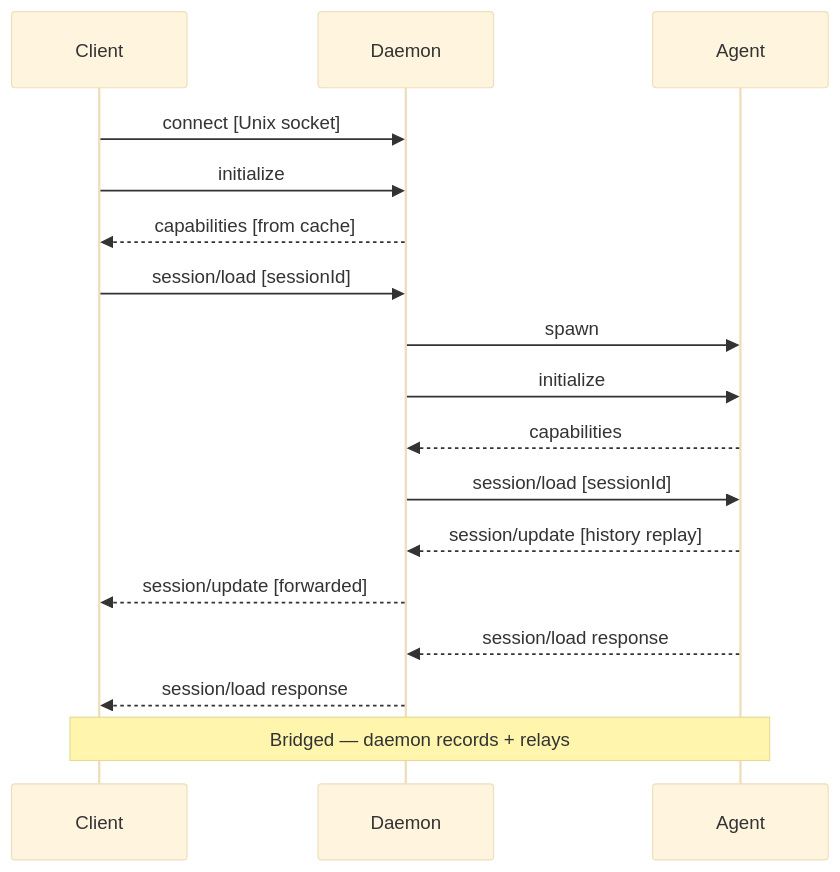
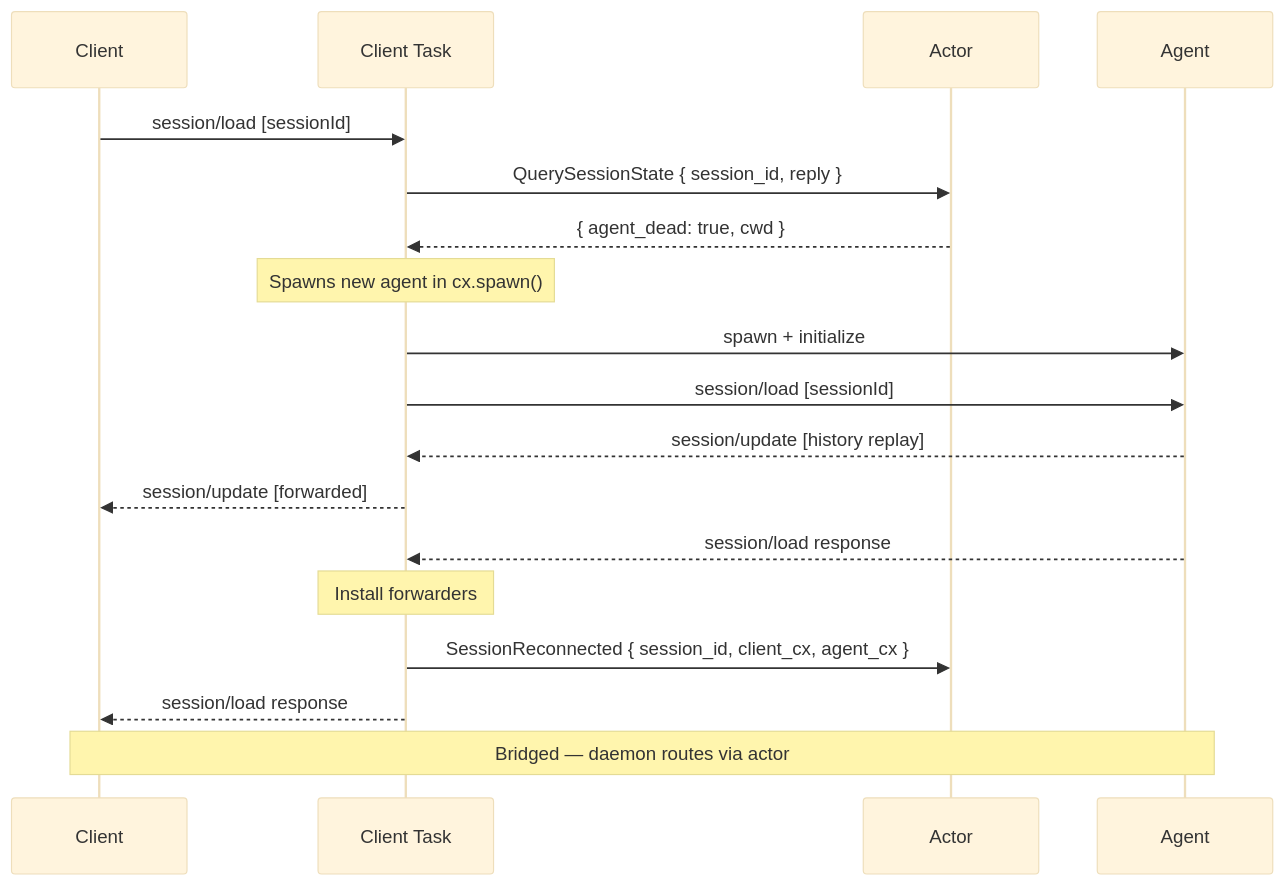
The second of 8 diagrams in md/design/sequence_diagrams.md (sparkle-ai-space/jamsession), drawn with Mermaid (base theme) before and after one commit. The commit also changed other lines of this file and 12 other files, not shown here.

````diff
--- a/md/design/sequence_diagrams.md
+++ b/md/design/sequence_diagrams.md
@@ -56,22 +56,22 @@
 ```mermaid
 sequenceDiagram
     participant C as Client
-    participant D as Daemon
-    participant A as Agent
+    participant CT as Client Task
+    participant A as Actor
+    participant Ag as Agent
 
-    C->>D: connect [Unix socket]
-    C->>D: initialize
-    D-->>C: capabilities [from cache]
+    C->>CT: session/load [sessionId]
+    CT->>A: QuerySessionState { session_id, reply }
+    A-->>CT: { agent_dead: true, cwd }
+    Note over CT: Spawns new agent in cx.spawn()
+    CT->>Ag: spawn + initialize
+    CT->>Ag: session/load [sessionId]
+    Ag-->>CT: session/update [history replay]
+    CT-->>C: session/update [forwarded]
+    Ag-->>CT: session/load response
+    Note over CT: Install forwarders
+    CT->>A: SessionReconnected { session_id, client_cx, agent_cx }
+    CT-->>C: session/load response
 
-    C->>D: session/load [sessionId]
-    D->>A: spawn
-    D->>A: initialize
-    A-->>D: capabilities
-    D->>A: session/load [sessionId]
-    A-->>D: session/update [history replay]
-    D-->>C: session/update [forwarded]
-    A-->>D: session/load response
-    D-->>C: session/load response
-
-    Note over C,A: Bridged — daemon records + relays
+    Note over C,Ag: Bridged — daemon routes via actor
 ```
````
